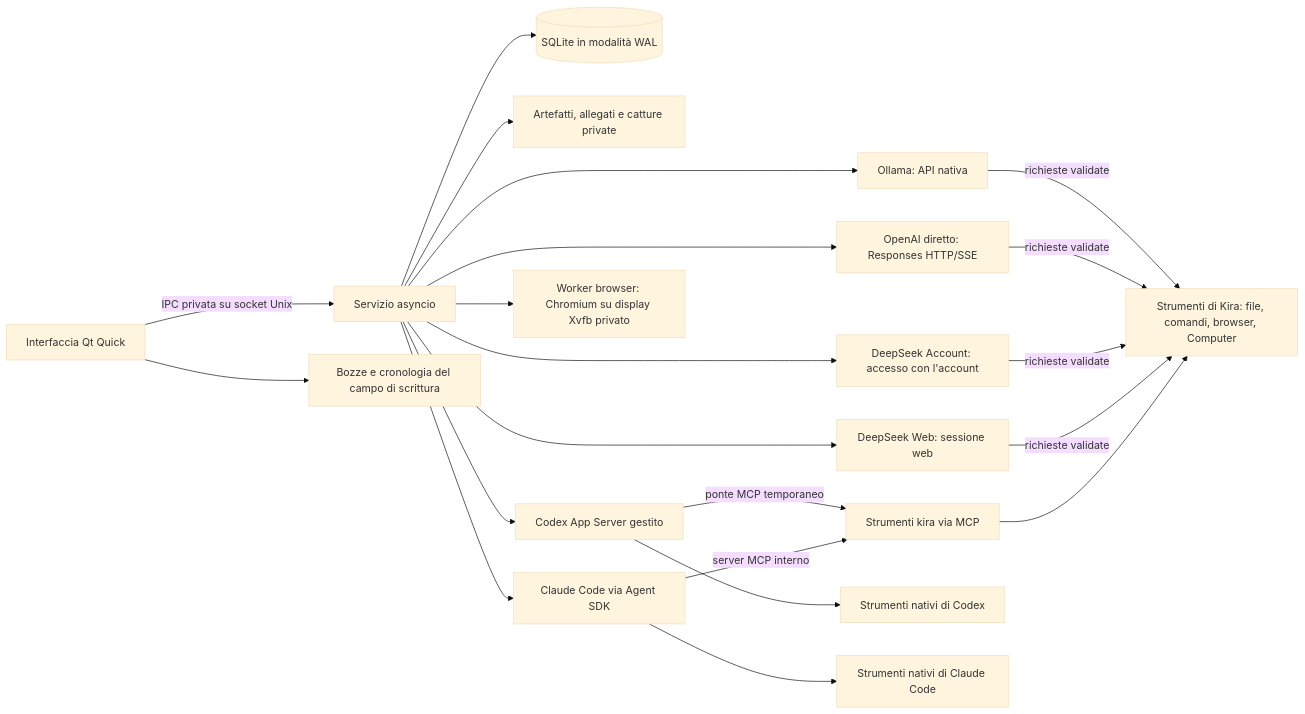
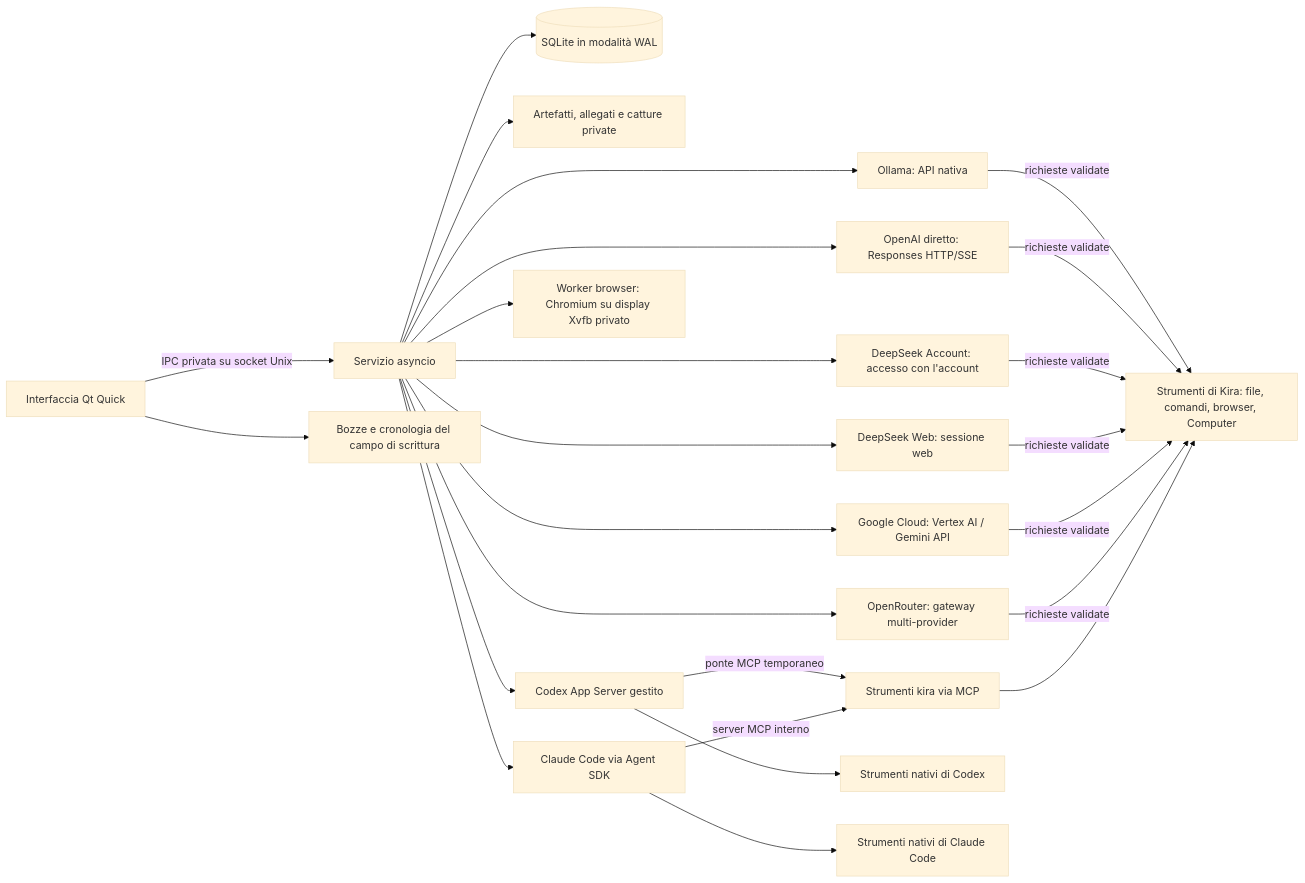
The diagram in docs/it/ARCHITETTURA.md (antosec00/kira-desktop), drawn with Mermaid (base theme) before and after one commit. The commit also changed other lines of this file and 27 other files, not shown here.

Commit message:
docs(providers): document OpenRouter provider, enable/disable toggle and Google Cloud across IT/EN guides

````diff
--- a/docs/it/ARCHITETTURA.md
+++ b/docs/it/ARCHITETTURA.md
@@ -14,17 +14,18 @@
 ```mermaid
 flowchart LR
   GUI[Interfaccia Qt Quick] -->|IPC privata su socket Unix| Service[Servizio asyncio]
   GUI --> Composer[Bozze e cronologia del campo di scrittura]
   Service --> DB[(SQLite in modalità WAL)]
   Service --> Artifacts[Artefatti, allegati e catture private]
   Service --> Ollama[Ollama: API nativa] & OpenAI[OpenAI diretto: Responses HTTP/SSE]
   Service --> DSAccount[DeepSeek Account: accesso con l'account] & DSWeb[DeepSeek Web: sessione web]
+  Service --> GCloud[Google Cloud: Vertex AI / Gemini API] & OpenRouter[OpenRouter: gateway multi-provider]
   Service --> Codex[Codex App Server gestito] & Claude[Claude Code via Agent SDK]
   Service --> Browser[Worker browser: Chromium su display Xvfb privato]
-  Ollama & OpenAI & DSAccount & DSWeb -->|richieste validate| Tools[Strumenti di Kira: file, comandi, browser, Computer]
+  Ollama & OpenAI & DSAccount & DSWeb & GCloud & OpenRouter -->|richieste validate| Tools[Strumenti di Kira: file, comandi, browser, Computer]
   Codex -->|ponte MCP temporaneo| KiraMcp[Strumenti kira via MCP]
   Claude -->|server MCP interno| KiraMcp
   Codex --> NativeTools[Strumenti nativi di Codex]
   Claude --> ClaudeTools[Strumenti nativi di Claude Code]
   KiraMcp --> Tools
 ```
````
